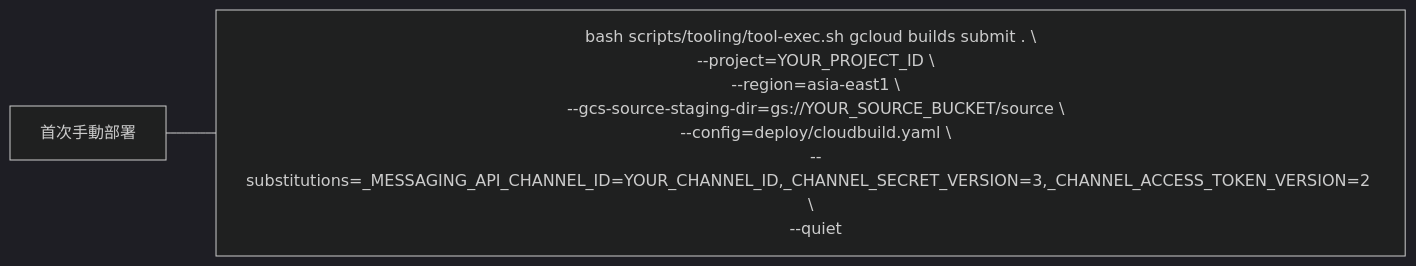
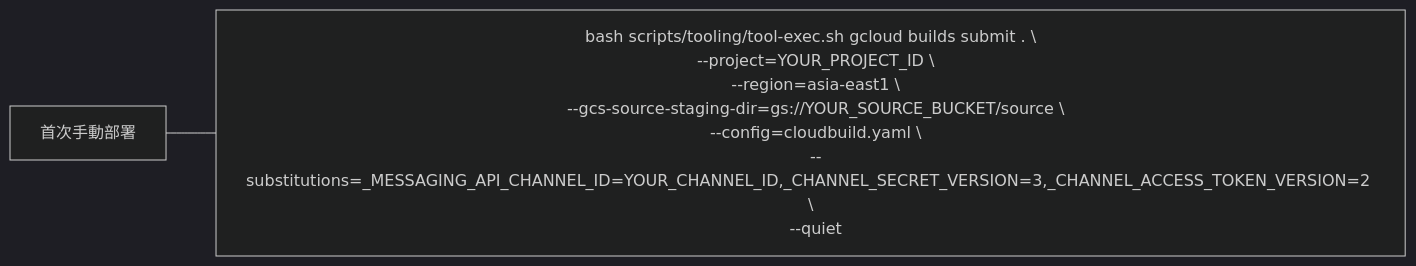
One commit to 963sup/line-mini-app-bot changed diagram 13 of 19 in docs/operations/cloud-run.md. Above: the diagram before and after it, drawn with Mermaid (dark theme). The commit also changed other lines of this file and 22 other files, not shown here.

````diff
--- a/docs/operations/cloud-run.md
+++ b/docs/operations/cloud-run.md
@@ -148,5 +154,5 @@
 ```mermaid
 flowchart LR
   h["首次手動部署"]
-  h --- n0["bash scripts/tooling/tool-exec.sh gcloud builds submit . #92;<br/>  --project=YOUR_PROJECT_ID #92;<br/>  --region=asia-east1 #92;<br/>  --gcs-source-staging-dir=gs://YOUR_SOURCE_BUCKET/source #92;<br/>  --config=deploy/cloudbuild.yaml #92;<br/>  --substitutions=_MESSAGING_API_CHANNEL_ID=YOUR_CHANNEL_ID,_CHANNEL_SECRET_VERSION=3,_CHANNEL_ACCESS_TOKEN_VERSION=2 #92;<br/>  --quiet"]
+  h --- n0["bash scripts/tooling/tool-exec.sh gcloud builds submit . #92;<br/>  --project=YOUR_PROJECT_ID #92;<br/>  --region=asia-east1 #92;<br/>  --gcs-source-staging-dir=gs://YOUR_SOURCE_BUCKET/source #92;<br/>  --config=cloudbuild.yaml #92;<br/>  --substitutions=_MESSAGING_API_CHANNEL_ID=YOUR_CHANNEL_ID,_CHANNEL_SECRET_VERSION=3,_CHANNEL_ACCESS_TOKEN_VERSION=2 #92;<br/>  --quiet"]
 ```
````
